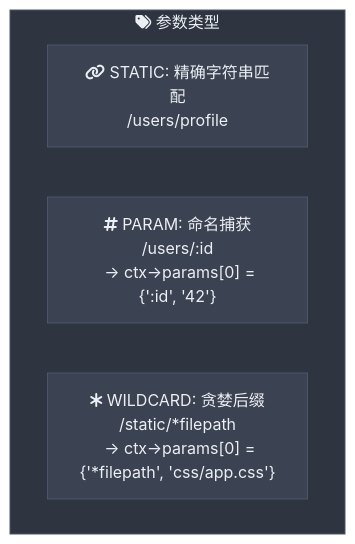
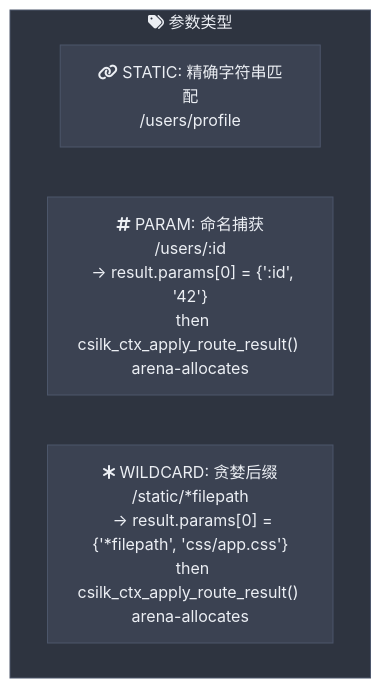
One commit to quintin-lee/csilk changed the fifth of 5 diagrams in docs/zh-CN/module-design/router.md. Above: the diagram before and after it, drawn with Mermaid. The commit also changed other lines of this file and 5 other files, not shown here.

Commit message:
docs: 📝 align ctx/router docs with current code — remove jump_buffer, fix bucket count, update panic model, document match_result API

````diff
--- a/docs/zh-CN/module-design/router.md
+++ b/docs/zh-CN/module-design/router.md
@@ -220,30 +220,30 @@
 ```mermaid
 %%{init: {
   'theme': 'base',
   'themeVariables': {
     'background': '#2E3440',
     'primaryColor': '#81A1C1',
     'primaryBorderColor': '#4C566A',
     'primaryTextColor': '#ECEFF4',
     'secondaryColor': '#3B4252',
     'secondaryBorderColor': '#434C5E',
     'secondaryTextColor': '#D8DEE9',
     'lineColor': '#81A1C1',
     'textColor': '#ECEFF4',
     'mainBkg': '#3B4252',
     'nodeBorder': '#4C566A',
     'clusterBkg': '#2E3440',
     'clusterBorder': '#4C566A',
     'titleColor': '#ECEFF4',
     'edgeLabelBackground': '#3B4252',
     'nodeTextColor': '#ECEFF4'
   },
   'flowchart': {'htmlLabels': true, 'curve': 'basis'}
 }}%%
 flowchart TB
     subgraph param_types["fa:fa-tags 参数类型"]
         STATIC["fa:fa-link STATIC: 精确字符串匹配<br/>/users/profile"]
-        PARAM["fa:fa-hashtag PARAM: 命名捕获<br/>/users/:id<br/>  → ctx->params[0] = {':id', '42'}"]
-        WILD["fa:fa-asterisk WILDCARD: 贪婪后缀<br/>/static/*filepath<br/>  → ctx->params[0] = {'*filepath', 'css/app.css'}"]
+        PARAM["fa:fa-hashtag PARAM: 命名捕获<br/>/users/:id<br/>  → result.params[0] = {':id', '42'}<br/>  then csilk_ctx_apply_route_result() arena-allocates"]
+        WILD["fa:fa-asterisk WILDCARD: 贪婪后缀<br/>/static/*filepath<br/>  → result.params[0] = {'*filepath', 'css/app.css'}<br/>  then csilk_ctx_apply_route_result() arena-allocates"]
     end
 ```
````
